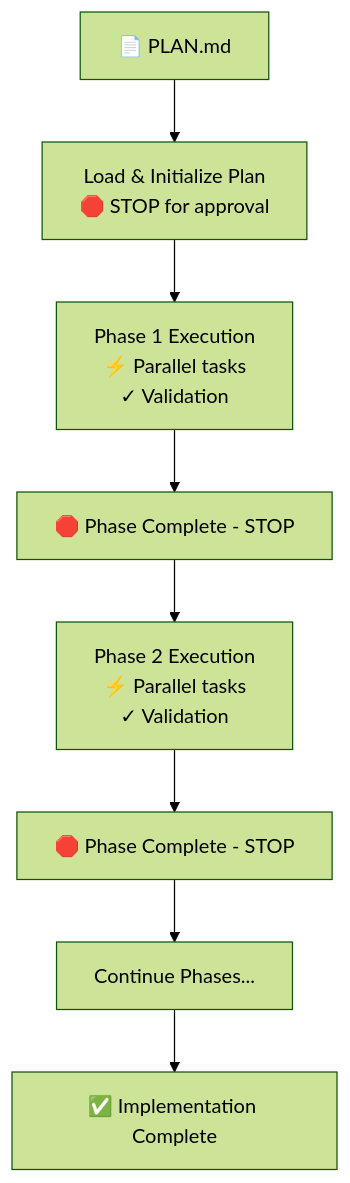
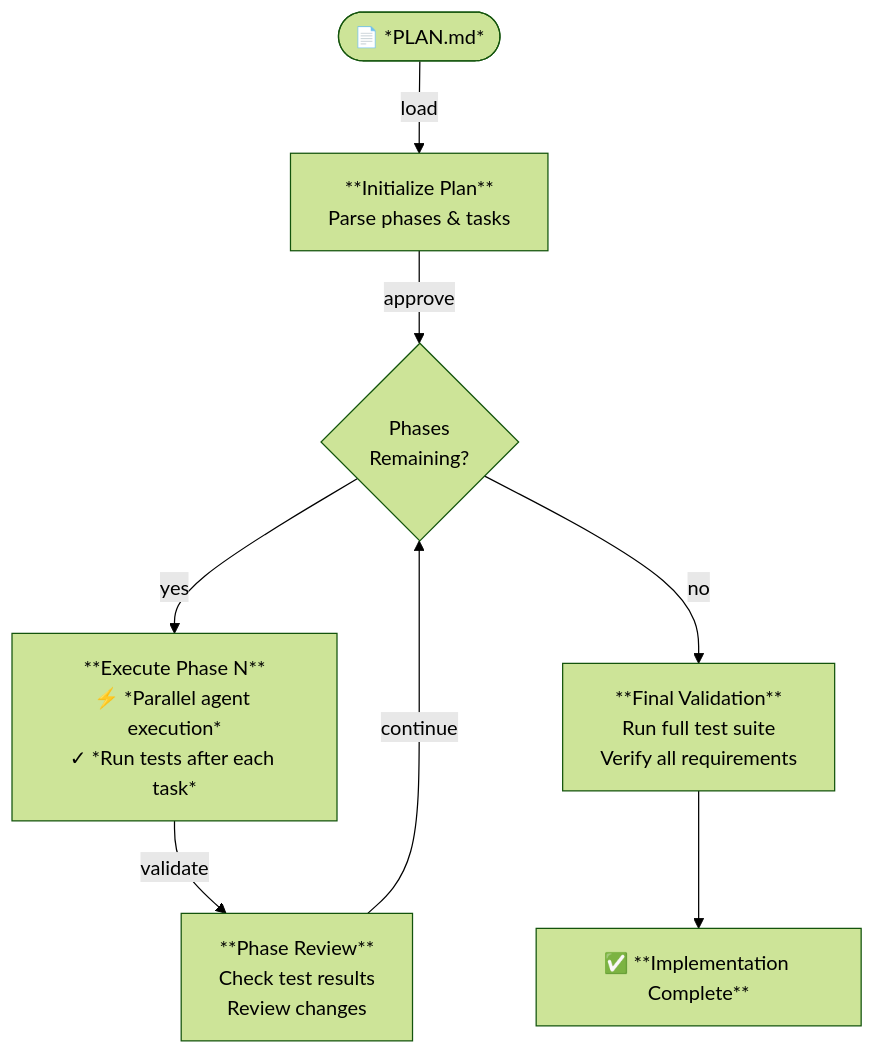
One commit to rsmdt/the-startup changed the second of 3 diagrams in README.md. Above: the diagram before and after it, drawn with Mermaid (forest theme). The commit also changed other lines of this file, not shown here.

````diff
--- a/README.md
+++ b/README.md
@@ -224,10 +234,12 @@
 ```mermaid
 flowchart TD
-    A[📄 PLAN.md] --> B[Load & Initialize Plan<br/>🛑 STOP for approval]
-    B --> C[Phase 1 Execution<br/>⚡ Parallel tasks<br/>✓ Validation]
-    C --> D[🛑 Phase Complete - STOP]
-    D --> E[Phase 2 Execution<br/>⚡ Parallel tasks<br/>✓ Validation]
-    E --> F[🛑 Phase Complete - STOP]
-    F --> G[Continue Phases...]
-    G --> H[✅ Implementation Complete]
+    A([📄 *PLAN.md*]) --> |load| B[**Initialize Plan**<br/>Parse phases & tasks]
+    B --> |approve| C{Phases<br>Remaining?}
+    
+    C --> |yes| D[**Execute Phase N**<br/>⚡ *Parallel agent execution*<br/>✓ *Run tests after each task*]
+    D --> |validate| E[**Phase Review**<br/>Check test results<br/>Review changes]
+    E --> |continue| C
+    
+    C --> |no| F[**Final Validation**<br/>Run full test suite<br/>Verify all requirements]
+    F --> END[✅ **Implementation Complete**]
 ```
````
